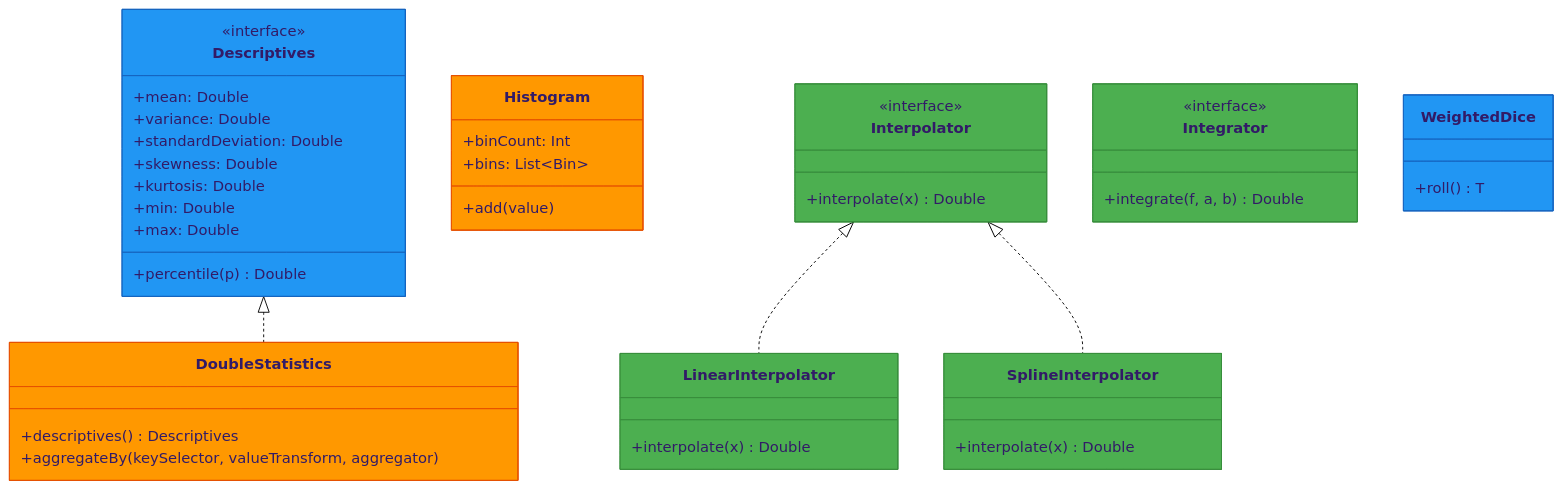
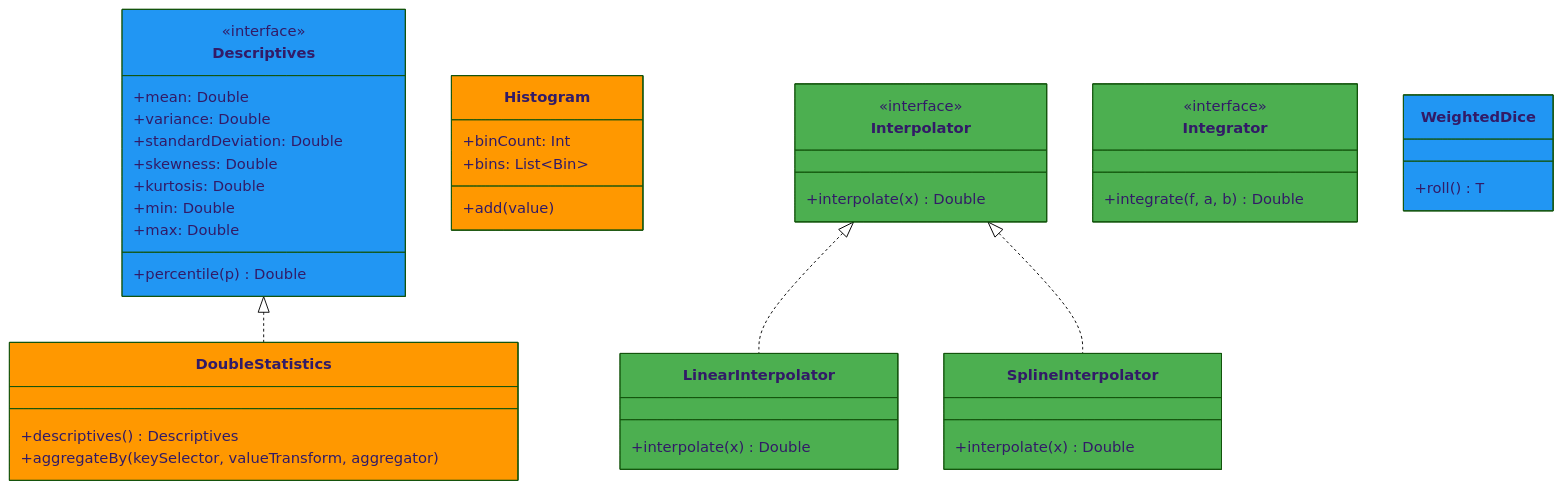
The first of 2 diagrams in utils/math/README.md (bluetape4k/bluetape4k-projects), drawn with Mermaid (forest theme) before and after one commit. The commit also changed 94 other files, not shown here.

First line of the commit message:
docs: Mermaid classDef에서 stroke:#색상 제거 (파서 오류 수정)

````diff
--- a/utils/math/README.md
+++ b/utils/math/README.md
@@ -238,48 +238,48 @@
 ```mermaid
 classDiagram
     class Descriptives:::utilStyle {
         <<interface>>
         +mean: Double
         +variance: Double
         +standardDeviation: Double
         +skewness: Double
         +kurtosis: Double
         +min: Double
         +max: Double
         +percentile(p) Double
     }
     class DoubleStatistics:::modelStyle {
         +descriptives() Descriptives
         +aggregateBy(keySelector, valueTransform, aggregator)
     }
     class Histogram:::modelStyle {
         +add(value)
         +binCount: Int
         +bins: List~Bin~
     }
     class Interpolator:::serviceStyle {
         <<interface>>
         +interpolate(x) Double
     }
     class LinearInterpolator:::serviceStyle {
         +interpolate(x) Double
     }
     class SplineInterpolator:::serviceStyle {
         +interpolate(x) Double
     }
     class Integrator:::serviceStyle {
         <<interface>>
         +integrate(f, a, b) Double
     }
     class WeightedDice:::utilStyle {
         +roll() T
     }
 
     Descriptives <|.. DoubleStatistics
     Interpolator <|.. LinearInterpolator
     Interpolator <|.. SplineInterpolator
 
-    classDef utilStyle    fill:#2196F3,stroke:#1565C0
-    classDef serviceStyle fill:#4CAF50,stroke:#388E3C
-    classDef modelStyle   fill:#FF9800,stroke:#E65100
+    classDef utilStyle    fill:#2196F3
+    classDef serviceStyle fill:#4CAF50
+    classDef modelStyle   fill:#FF9800
 ```
````
